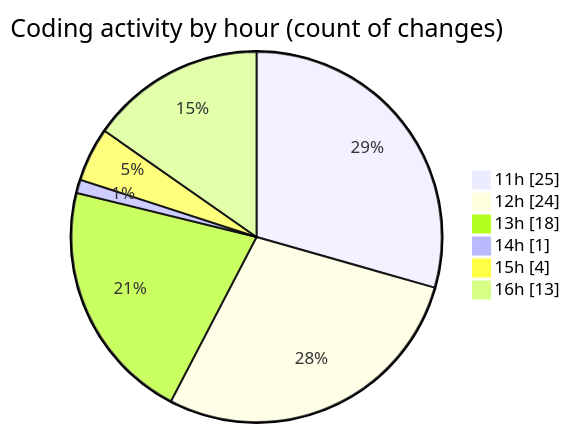
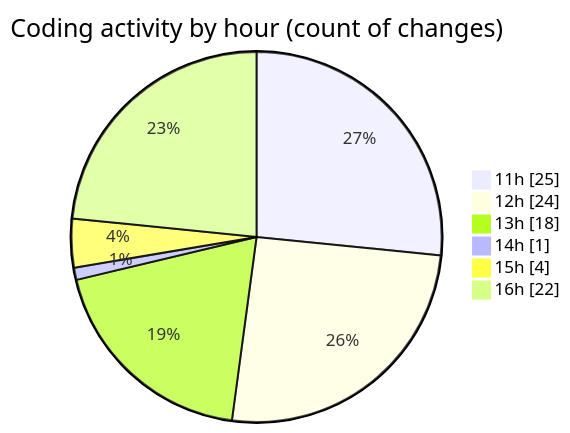
One commit to MatusMokan/code-tracking changed the second of 2 diagrams in 2025-04-12/myws__workspace_/README.md. Above: the diagram before and after it, drawn with Mermaid. The commit also changed other lines of this file and 1 other file, not shown here.

````diff
--- a/2025-04-12/myws__workspace_/README.md
+++ b/2025-04-12/myws__workspace_/README.md
@@ -33,10 +33,10 @@
 ```mermaid
 pie showData
 title Coding activity by hour (count of changes)
 "11h" : 25
 "12h" : 24
 "13h" : 18
 "14h" : 1
 "15h" : 4
-"16h" : 13
+"16h" : 22
 ```
````
